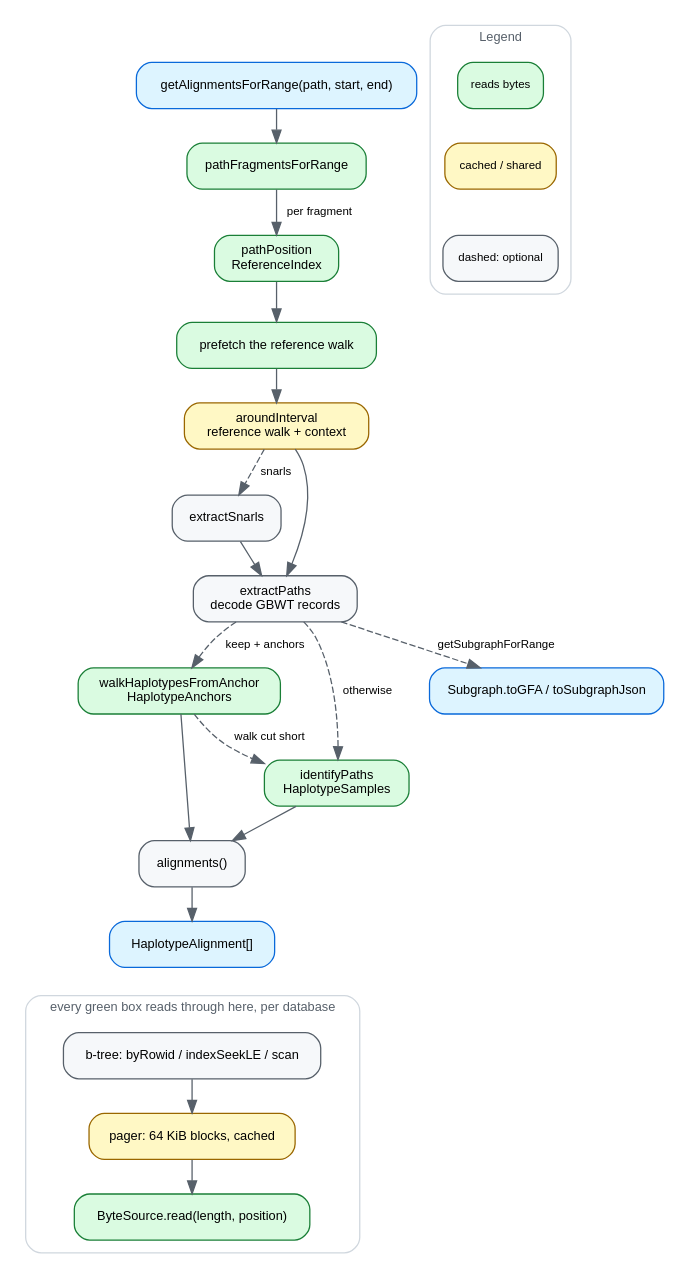
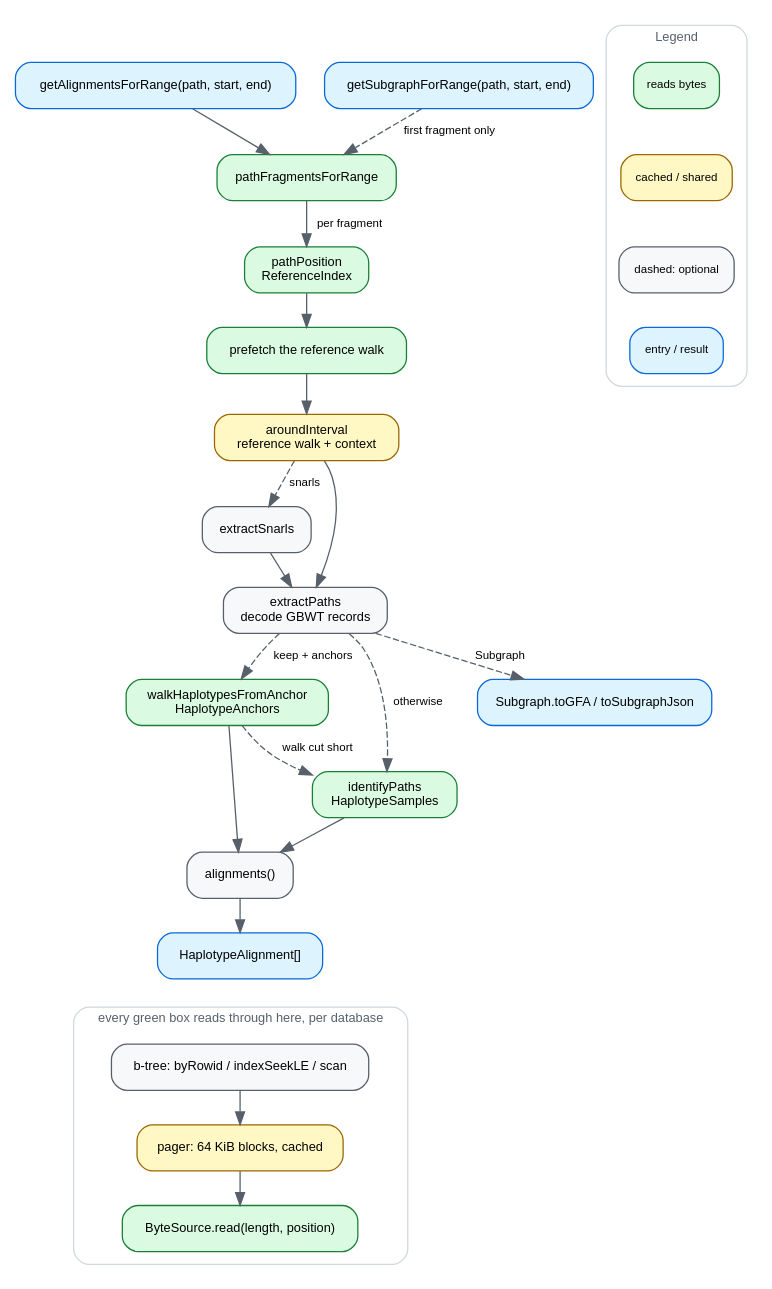
One commit to GMOD/gbz-base-js changed the diagram in docs/img/dataflow.dot. Above: the diagram before and after it, drawn with Graphviz. The commit also changed 2 other files, not shown here.

Commit message:
Draw getSubgraphForRange where it enters
It was an edge label between extractPaths and the GFA box, which puts a
caller's name at the wrong end of the arrow — it reads as something
extractPaths calls. Now it is the second entry at the top, the arrow out of
extractPaths says what it hands back, and the legend names the blue mark since
there are two of them to tell apart.

Claude-Session: https://claude.ai/code/session_015LAxSXitDpBvUgDdh6PrDQ

```diff
--- a/docs/img/dataflow.dot
+++ b/docs/img/dataflow.dot
@@ -1,90 +1,101 @@
 // Source for docs/img/dataflow.svg, which docs/dataflow.md embeds.
 // Regenerate with: dot -Tsvg docs/img/dataflow.dot -o docs/img/dataflow.svg
 //
 // Deliberately the MAIN PATH only — the node and --between queries, snarl
 // extension and the fragment joining are described in dataflow.md instead. A
 // diagram that shows every branch stops being the thing you look at first.
 // The two identification routes ARE in, because which one a query takes is
 // the difference between reading a set of haplotypes and reading the graph.
 // Step labels stay to one or two words past the function name for the same
 // reason; dataflow.md carries the rest.
 //
+// Both entry points are drawn at the top. getSubgraphForRange used to be an
+// edge label between extractPaths and the GFA box, which put the name of a
+// caller at the wrong end of the arrow — it reads as something extractPaths
+// calls. It enters where it really enters, and the arrow out of extractPaths
+// is labelled with what it hands back.
+//
 // The storage cluster hangs off nothing on purpose. Every green box reads
 // through it, and drawing those six edges buried the spine they cross.
 //
 // SYNC: ~/src/gmod/bam-js/docs/img/dataflow.dot — same palette, legend and
 // spine, and tabix-js, cram-js and hic share them too. The orange "wasm" and
 // purple "off the main thread" entries of that legend are absent here rather
 // than restyled: nothing in this reader is wasm (docs/why-not-wasm.md is why)
 // and it puts nothing on a thread of its own — JBrowse runs the whole thing
-// in an RPC worker instead.
+// in an RPC worker instead. The blue "entry / result" entry is this diagram's
+// own addition: the siblings have one entry point and can leave the mark to
+// position, and this one has two.
 digraph gbzbasejs {
   rankdir=TB
   bgcolor="white"
   nodesep=0.3
   ranksep=0.36
   node [shape=box style="filled,rounded" fillcolor="#f6f8fa" color="#57606a"
         fontname="Helvetica" fontsize=10 margin="0.14,0.07"]
   edge [color="#57606a" fontname="Helvetica" fontsize=9]
 
   query    [label="getAlignmentsForRange(path, start, end)" fillcolor="#ddf4ff" color="#0969da"]
   frags    [label="pathFragmentsForRange" fillcolor="#dafbe1" color="#1a7f37"]
   pos      [label="pathPosition\nReferenceIndex" fillcolor="#dafbe1" color="#1a7f37"]
   prefetch [label="prefetch the reference walk" fillcolor="#dafbe1" color="#1a7f37"]
   walk     [label="aroundInterval\nreference walk + context" fillcolor="#fff8c5" color="#9a6700"]
   snarls   [label="extractSnarls"]
   extract  [label="extractPaths\ndecode GBWT records"]
   anchored [label="walkHaplotypesFromAnchor\nHaplotypeAnchors" fillcolor="#dafbe1" color="#1a7f37"]
   sampled  [label="identifyPaths\nHaplotypeSamples" fillcolor="#dafbe1" color="#1a7f37"]
   align    [label="alignments()"]
   out      [label="HaplotypeAlignment[]" fillcolor="#ddf4ff" color="#0969da"]
+  sub      [label="getSubgraphForRange(path, start, end)" fillcolor="#ddf4ff" color="#0969da"]
   gfa      [label="Subgraph.toGFA / toSubgraphJson" fillcolor="#ddf4ff" color="#0969da"]
 
   query -> frags
+  sub -> frags [style=dashed label=" first fragment only "]
   frags -> pos [label=" per fragment "]
   pos -> prefetch
   prefetch -> walk
   walk -> snarls [style=dashed label=" snarls "]
   walk -> extract
   snarls -> extract
   extract -> anchored [style=dashed label=" keep + anchors " weight=6]
   extract -> sampled [style=dashed label=" otherwise " weight=6]
   anchored -> align
   sampled -> align
   anchored -> sampled [style=dashed label=" walk cut short "]
   align -> out [weight=10]
-  extract -> gfa [style=dashed label=" getSubgraphForRange " weight=0]
+  extract -> gfa [style=dashed label=" Subgraph " weight=0]
 
   subgraph cluster_store {
     label="every green box reads through here, per database"
     labelloc="t"
     fontname="Helvetica"
     fontsize=10
     fontcolor="#57606a"
     color="#d0d7de"
     style="rounded"
     margin=10
     btree [label="b-tree: byRowid / indexSeekLE / scan"]
     pager [label="pager: 64 KiB blocks, cached" fillcolor="#fff8c5" color="#9a6700"]
     source [label="ByteSource.read(length, position)" fillcolor="#dafbe1" color="#1a7f37"]
     btree -> pager -> source
   }
 
   out -> btree [style=invis weight=10]
 
   subgraph cluster_legend {
     label="Legend"
     labelloc="t"
     fontname="Helvetica"
     fontsize=10
     fontcolor="#57606a"
     color="#d0d7de"
     style="rounded"
     margin=10
     node [shape=box style="filled,rounded" fontsize=9 margin="0.1,0.04"]
     l1 [label="reads bytes" fillcolor="#dafbe1" color="#1a7f37"]
     l2 [label="cached / shared" fillcolor="#fff8c5" color="#9a6700"]
     l3 [label="dashed: optional" fillcolor="#f6f8fa" color="#57606a"]
-    l1 -> l2 -> l3 [style=invis constraint=true]
+    l4 [label="entry / result" fillcolor="#ddf4ff" color="#0969da"]
+    l1 -> l2 -> l3 -> l4 [style=invis constraint=true]
   }
 }
```
